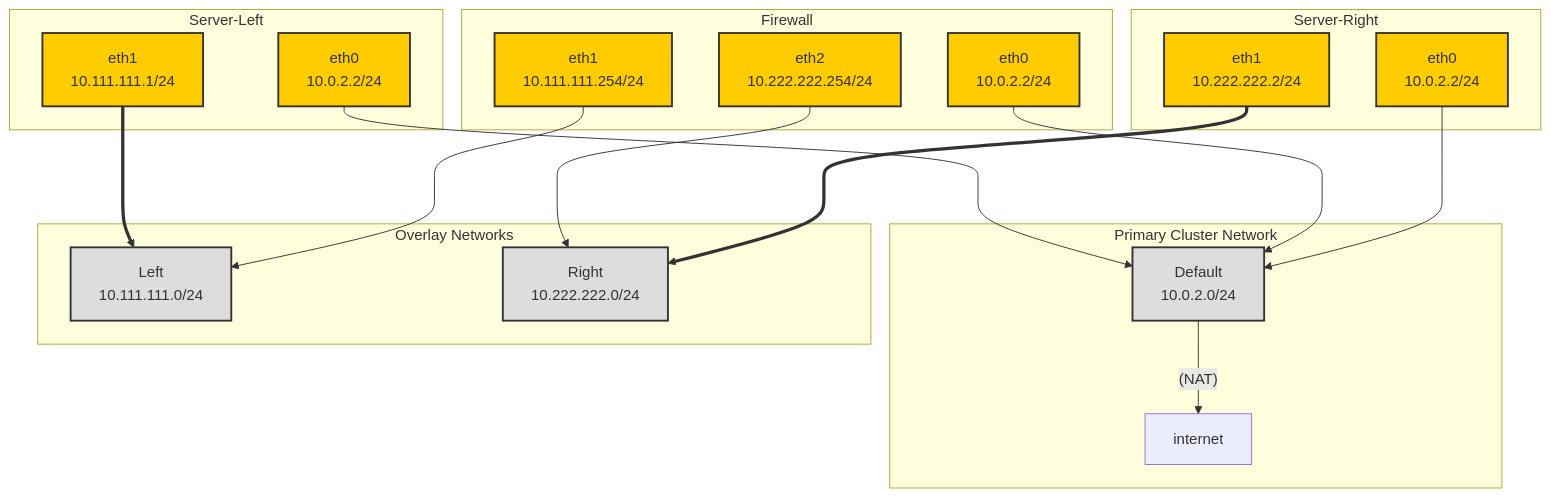
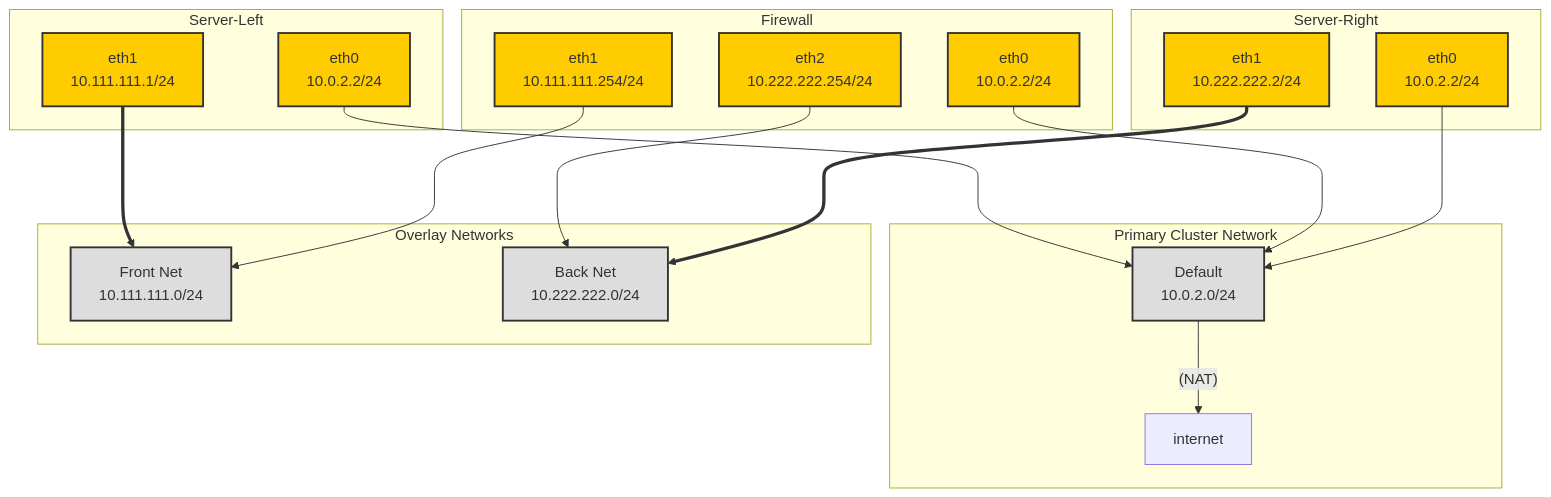
The diagram in demos/vms-w-firewall/readme.md (dlbewley/demo-virt), drawn with Mermaid before and after one commit. The commit also changed other lines of this file, not shown here.

Commit message:
link component vms

````diff
--- a/demos/vms-w-firewall/readme.md
+++ b/demos/vms-w-firewall/readme.md
@@ -19,39 +19,39 @@
 ```mermaid
 graph TD;
     classDef interface fill:#ffcc00,stroke:#333,stroke-width:2px;
     classDef network fill:#ddd,stroke:#333,stroke-width:2px;
     classDef neighbor fill:#ffeb99,stroke:#333,stroke-width:2px;
 
     subgraph Cluster ["Primary Cluster Network"]
         net-pod[Default<br> 10.0.2.0/24]:::network;
         net-pod --(NAT)--> internet
     end
 
     subgraph Networks["Overlay Networks"]
-        net-left[Left<br> 10.111.111.0/24]:::network;
-        net-right[Right<br> 10.222.222.0/24]:::network;
+        net-left[Front Net<br> 10.111.111.0/24]:::network;
+        net-right[Back Net<br> 10.222.222.0/24]:::network;
     end
 
     subgraph Server-Left
         server-left-eth0[eth0<br>10.0.2.2/24]:::interface;
         server-left-eth0 --> net-pod
         server-left-eth1[eth1<br>10.111.111.1/24]:::interface;
         server-left-eth1 ===> net-left
     end
 
     subgraph Firewall
         eth0[eth0<br>10.0.2.2/24]:::interface;
         eth0 ---> net-pod
         eth1[eth1<br>10.111.111.254/24]:::interface;
         eth1 ---> net-left;
         eth2[eth2<br>10.222.222.254/24]:::interface;
         eth2 ---> net-right;
     end
 
     subgraph Server-Right
         server-right-eth0[eth0<br>10.0.2.2/24]:::interface;
         server-right-eth0 --> net-pod
         server-right-eth1[eth1<br>10.222.222.2/24]:::interface;
         server-right-eth1 ===> net-right
     end
 ```
````
